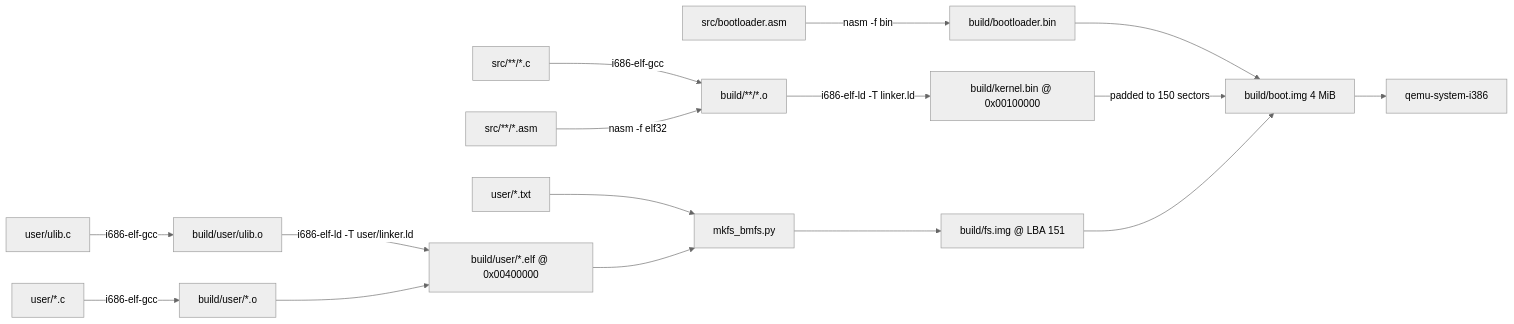
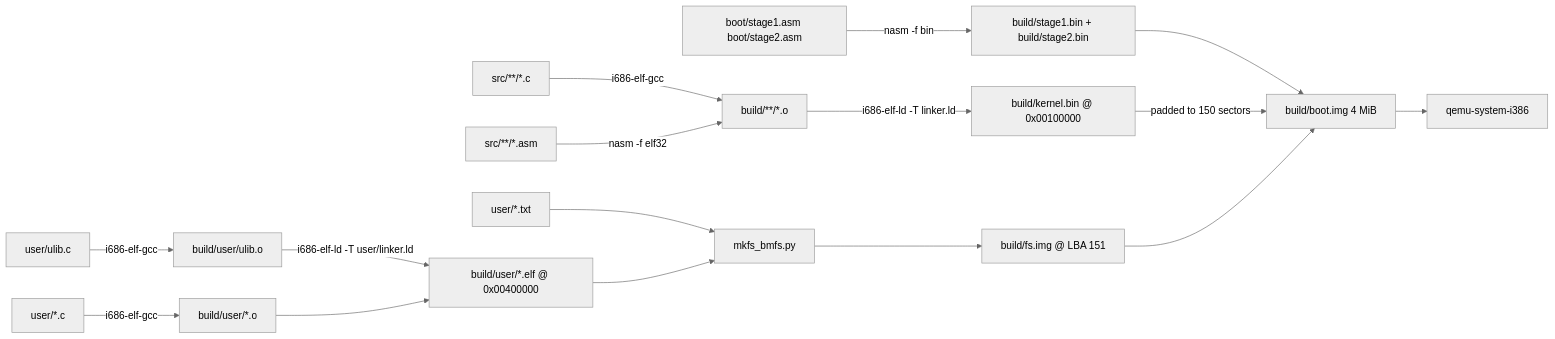
Before and after one commit to abhinavprakash-x/osdev: the diagram in docs/toolchain_setup.md, drawn with Mermaid (neutral theme). The commit also changed 4 other files, not shown here.

````diff
--- a/docs/toolchain_setup.md
+++ b/docs/toolchain_setup.md
@@ -71,21 +71,21 @@
 ```mermaid
 flowchart LR
-    B[src/bootloader.asm] -->|nasm -f bin| BB[build/bootloader.bin]
+    B[boot/stage1.asm boot/stage2.asm] -->|nasm -f bin| BB[build/stage1.bin + build/stage2.bin]
 
     KC[src/**/*.c] -->|i686-elf-gcc| KO[build/**/*.o]
     KA[src/**/*.asm] -->|nasm -f elf32| KO
     KO -->|i686-elf-ld -T linker.ld| KB[build/kernel.bin @ 0x00100000]
 
     UL[user/ulib.c] -->|i686-elf-gcc| ULO[build/user/ulib.o]
     UA[user/*.c] -->|i686-elf-gcc| UAO[build/user/*.o]
     ULO -->|i686-elf-ld -T user/linker.ld| ELF[build/user/*.elf @ 0x00400000]
     UAO --> ELF
     TXT[user/*.txt] --> MKFS[mkfs_bmfs.py]
     ELF --> MKFS
     MKFS --> FS[build/fs.img @ LBA 151]
 
     BB --> IMG[build/boot.img 4 MiB]
     KB -->|padded to 150 sectors| IMG
     FS --> IMG
     IMG --> QEMU[qemu-system-i386]
 ```
````
